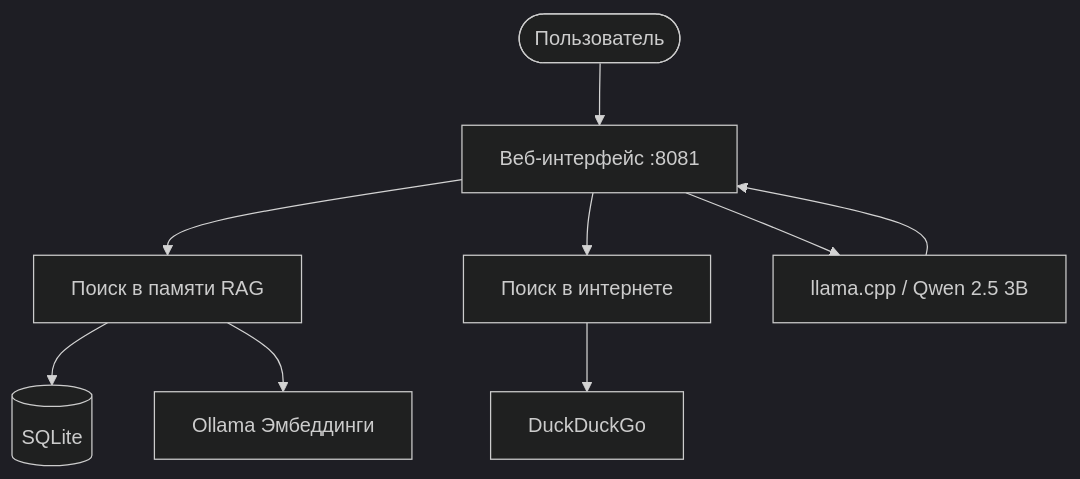
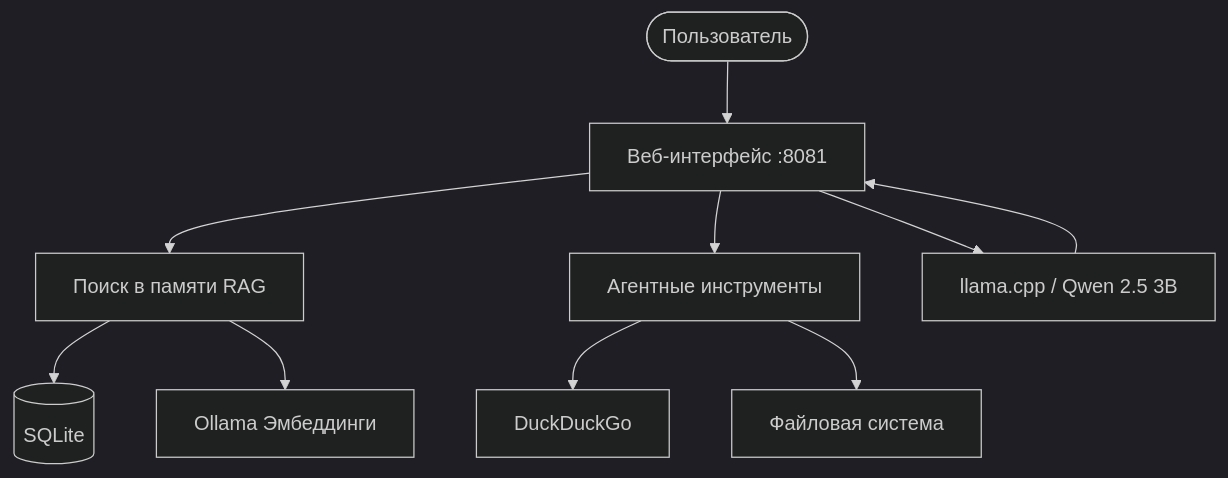
One commit to 1Maniak/nexus changed the diagram in README.md. Above: the diagram before and after it, drawn with Mermaid (dark theme). The commit also changed other lines of this file and 6 other files, not shown here.

````diff
--- a/README.md
+++ b/README.md
@@ -52,11 +102,15 @@
 ```mermaid
 flowchart TD
     U([Пользователь]) --> WEB[Веб-интерфейс :8081]
     WEB --> RAG[Поиск в памяти RAG]
-    WEB --> WEBSEARCH[Поиск в интернете]
+    WEB --> TOOLS[Агентные инструменты]
+    
     RAG --> DB[(SQLite)]
     RAG --> OLLAMA[Ollama Эмбеддинги]
-    WEBSEARCH --> DDG[DuckDuckGo]
+    
+    TOOLS --> DDG[DuckDuckGo]
+    TOOLS --> OS[Файловая система]
+    
     WEB --> LLM[llama.cpp / Qwen 2.5 3B]
     LLM --> WEB
 ```
````
